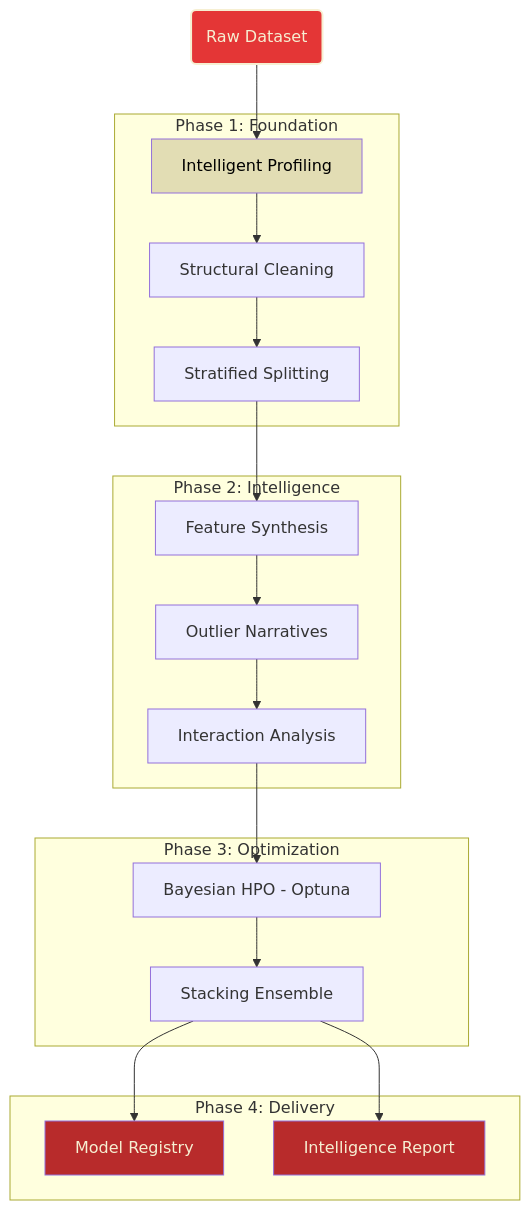
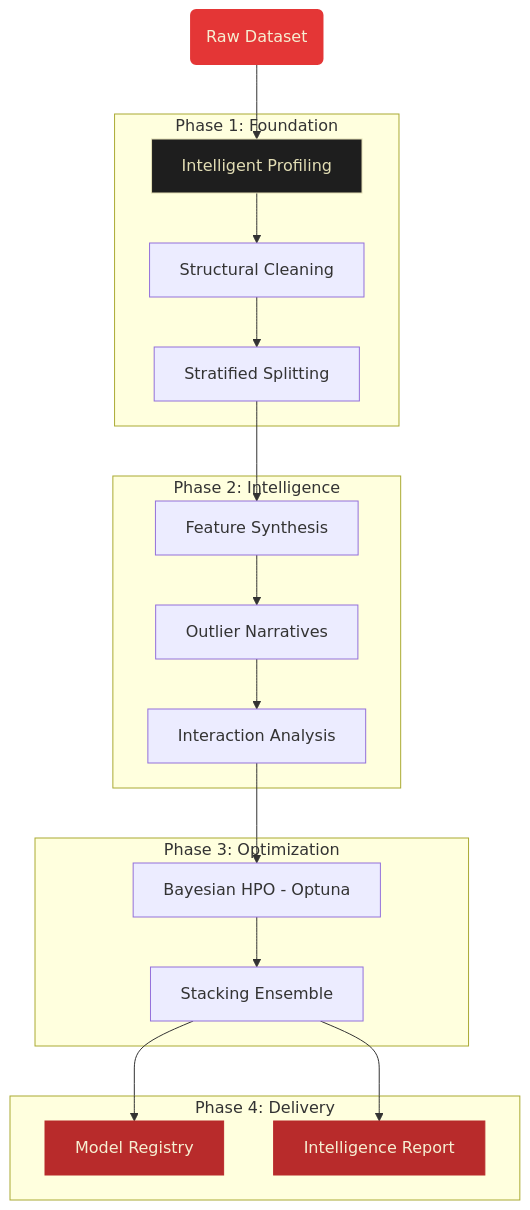
The diagram in docs/index.md (GhulamMuhammadNabeel/OctoLearn), drawn with Mermaid before and after one commit. The commit also changed other lines of this file and 7 other files, not shown here.

````diff
--- a/docs/index.md
+++ b/docs/index.md
@@ -502,36 +545,36 @@
 ```mermaid
 graph TD
     %% Input Layer
     Start(Raw Dataset) --> Profiling[Intelligent Profiling]
 
     %% Structural Phase
     subgraph "Phase 1: Foundation"
         Profiling --> Clean[Structural Cleaning]
         Clean --> Split[Stratified Splitting]
     end
 
     %% Intelligence Phase
     subgraph "Phase 2: Intelligence"
         Split --> FE[Feature Synthesis]
         FE --> Out[Outlier Narratives]
         Out --> Interaction[Interaction Analysis]
     end
 
     %% Optimization Phase
     subgraph "Phase 3: Optimization"
         Interaction --> Opt[Bayesian HPO - Optuna]
         Opt --> Stk[Stacking Ensemble]
     end
 
     %% Delivery Phase
     subgraph "Phase 4: Delivery"
         Stk --> Reg[Model Registry]
         Stk --> Rep[Intelligence Report]
     end
 
     %% Styling
-    style Start fill:#E43636,color:#F6EFD2,stroke-width:2px,stroke:#F6EFD2
-    style Reg fill:#b82b2b,color:#F6EFD2
-    style Rep fill:#b82b2b,color:#F6EFD2
-    style Profiling fill:#E2DDB4,color:#000000
+    style Start fill:#E43636,color:#F6EFD2,stroke-width:2px,stroke:#E43636
+    style Reg fill:#b82b2b,color:#F6EFD2,stroke:#b82b2b
+    style Rep fill:#b82b2b,color:#F6EFD2,stroke:#b82b2b
+    style Profiling fill:#1e1e1e,color:#E2DDB4,stroke:#E2DDB4
 ```
````
